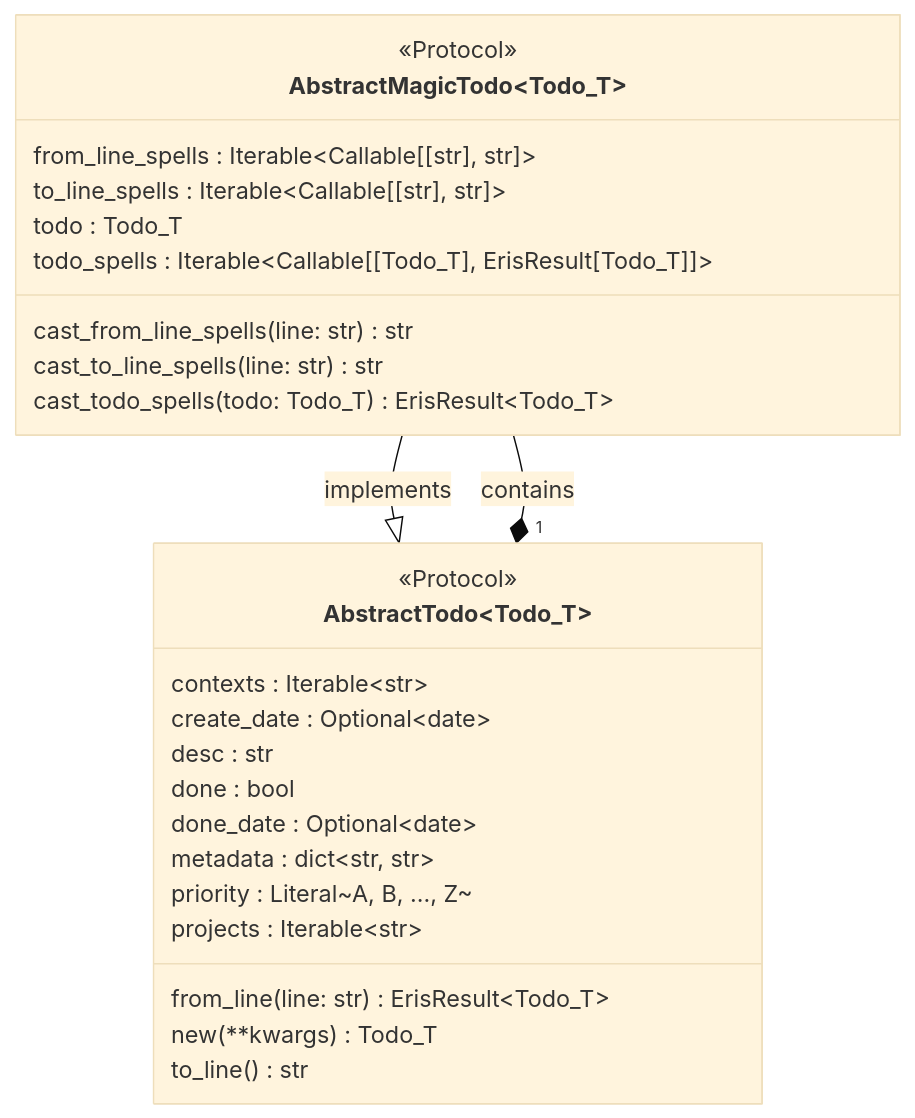
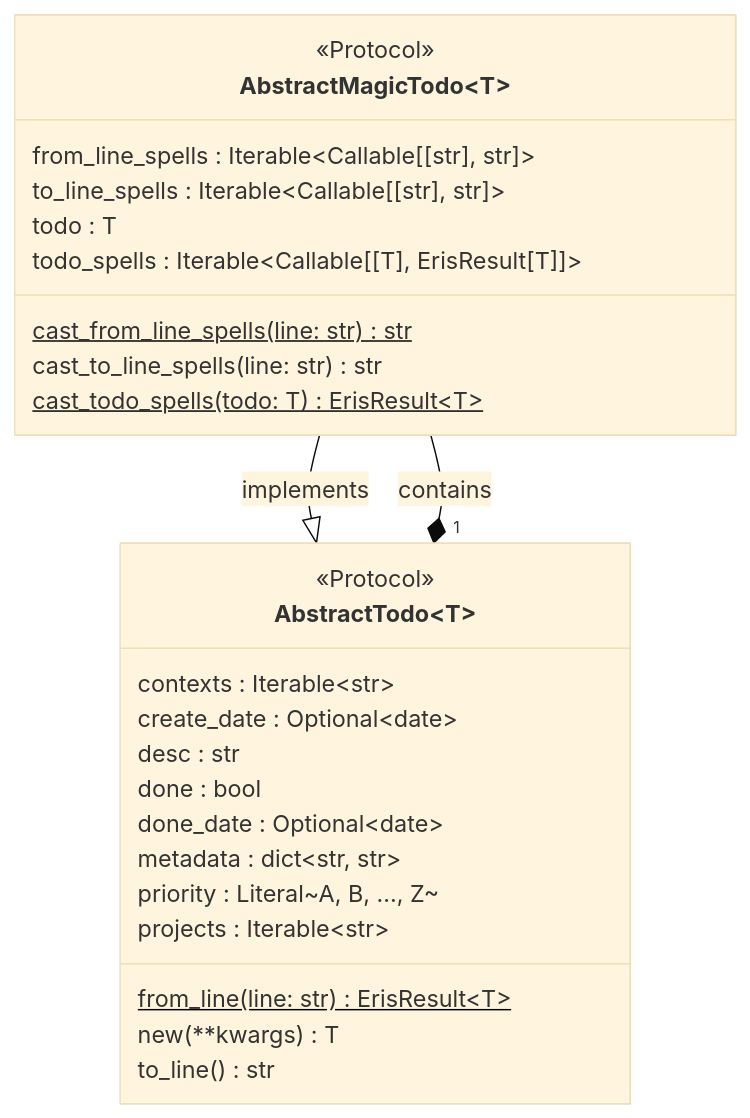
The second of 2 diagrams in docs/design/design.template.md (bbugyi200/greatday), drawn with Mermaid (base theme) before and after one commit. The commit also changed 2 other files, not shown here.

Commit message:
Bulk commit diagrams

````diff
--- a/docs/design/design.template.md
+++ b/docs/design/design.template.md
@@ -64,35 +64,35 @@
 ```mermaid
 classDiagram
-    class AbstractTodo~Todo_T~ {
+    class AbstractTodo~T~ {
         <<Protocol>>
 
         contexts : Iterable~str~
         create_date : Optional~date~
         desc : str
         done : bool
         done_date : Optional~date~
         metadata : dict~str, str~
         priority : Literal~A, B, ..., Z~
         projects : Iterable~str~
 
-        from_line(line: str) ErisResult~Todo_T~
-        new(**kwargs) Todo_T
+        from_line(line: str)$ ErisResult~T~
+        new(**kwargs) T
         to_line() str
     }
 
-    class AbstractMagicTodo~Todo_T~ {
+    class AbstractMagicTodo~T~ {
         <<Protocol>>
 
         from_line_spells : Iterable~Callable[[str], str]~
         to_line_spells : Iterable~Callable[[str], str]~
-        todo : Todo_T
-        todo_spells : Iterable~Callable[[Todo_T], ErisResult[Todo_T]]~
+        todo : T
+        todo_spells : Iterable~Callable[[T], ErisResult[T]]~
 
-        cast_from_line_spells(line: str) str
+        cast_from_line_spells(line: str)$ str
         cast_to_line_spells(line: str) str
-        cast_todo_spells(todo: Todo_T) ErisResult~Todo_T~
+        cast_todo_spells(todo: T)$ ErisResult~T~
     }
 
     AbstractMagicTodo --|> AbstractTodo: implements
     AbstractMagicTodo --* "1" AbstractTodo: contains
 ```
````
